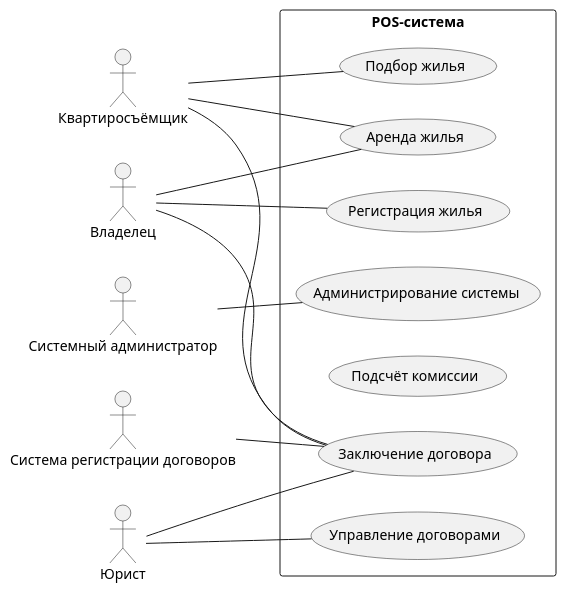
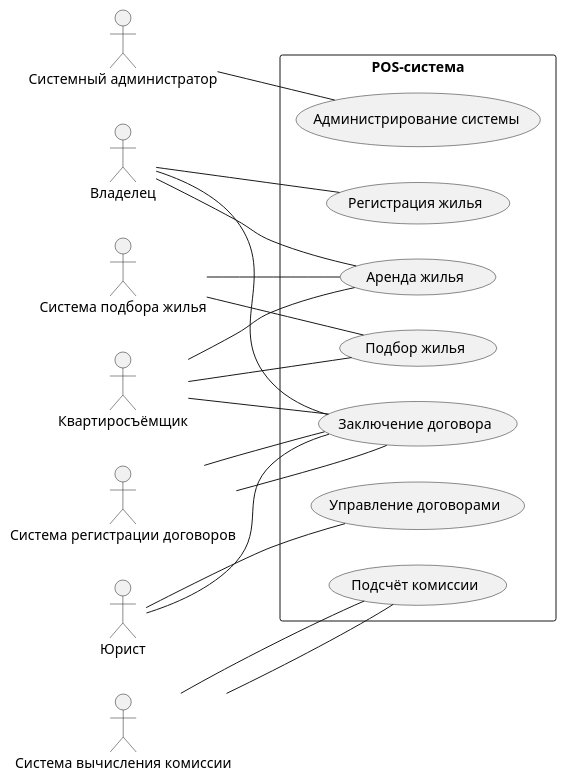
Before and after one commit to penamarth/bsbo-01-22_team4_var8: the diagram in Diagrama_precedent.md, drawn with PlantUML.

Commit message:
Add Rent system

````diff
--- a/Diagrama_precedent.md
+++ b/Diagrama_precedent.md
@@ -1,35 +1,41 @@
 ```plantuml
 @startuml
 skinparam packageStyle rect
 left to right direction
 :Квартиросъёмщик:
 :Владелец:
 :Системный администратор:
 :Юрист:
 
 package POS-система {
 (Подбор жилья)
 (Регистрация жилья)
 (Аренда жилья)
 (Заключение договора)
 (Подсчёт комиссии)
 (Администрирование системы)
 (Управление договорами)
 }
 
 :Квартиросъёмщик: -- (Подбор жилья)
 :Квартиросъёмщик: -- (Аренда жилья)
 :Квартиросъёмщик: -- (Заключение договора)
 
 :Владелец: -- (Регистрация жилья)
 :Владелец: -- (Аренда жилья)
 :Владелец: -- (Заключение договора)
 
 :Системный администратор: -- (Администрирование системы)
 
 :Юрист: -- (Управление договорами)
 :Юрист: -- (Заключение договора)
 
 :Система регистрации договоров: -- (Заключение договора)
+:Система подбора жилья: -- (Подбор жилья)
+:Система вычисления комиссии: -- (Подсчёт комиссии)
+
+(Заключение договора) -- :Система регистрации договоров:
+(Аренда жилья) -- :Система подбора жилья:
+(Подсчёт комиссии) -- :Система вычисления комиссии:
 @enduml
 ```
````
